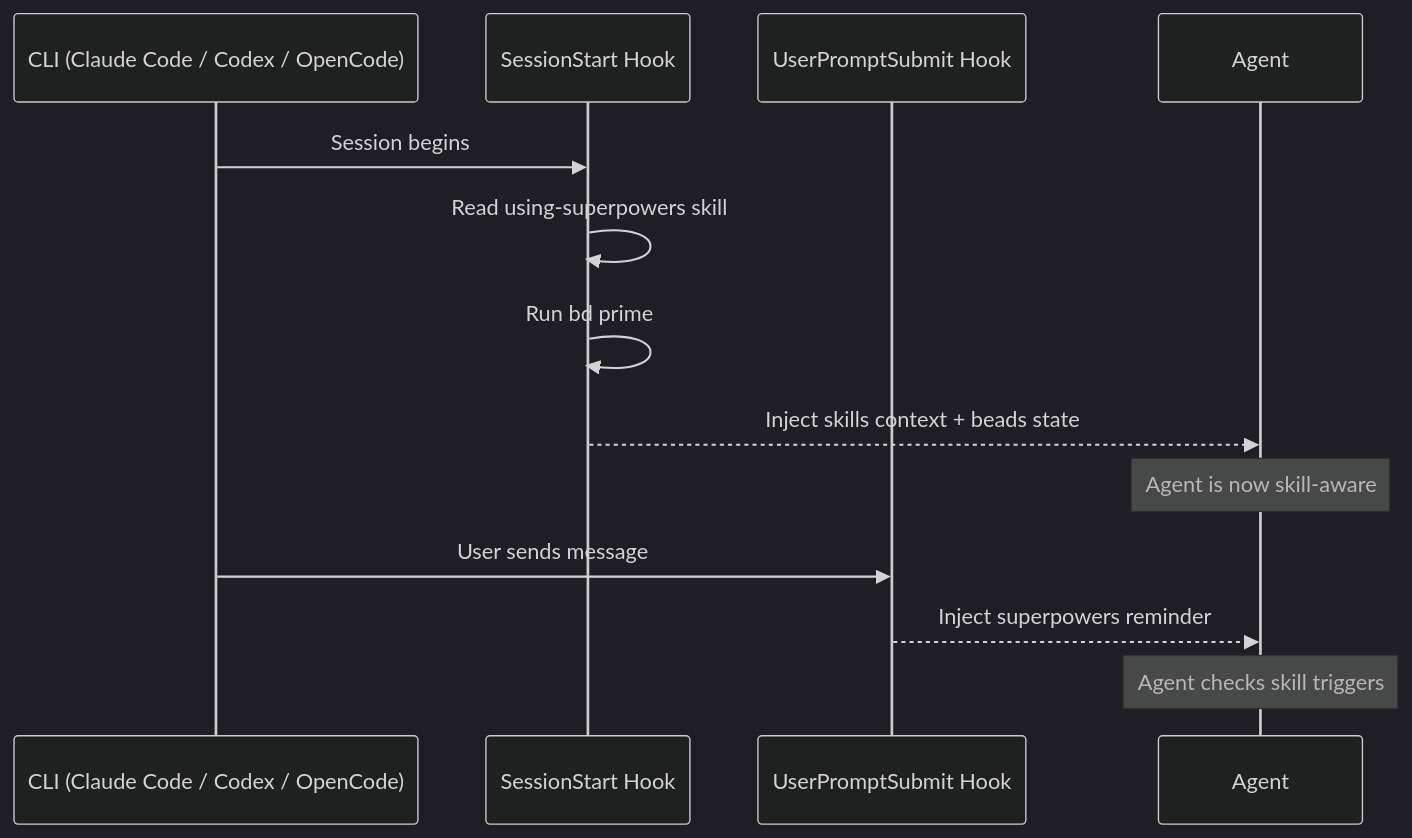
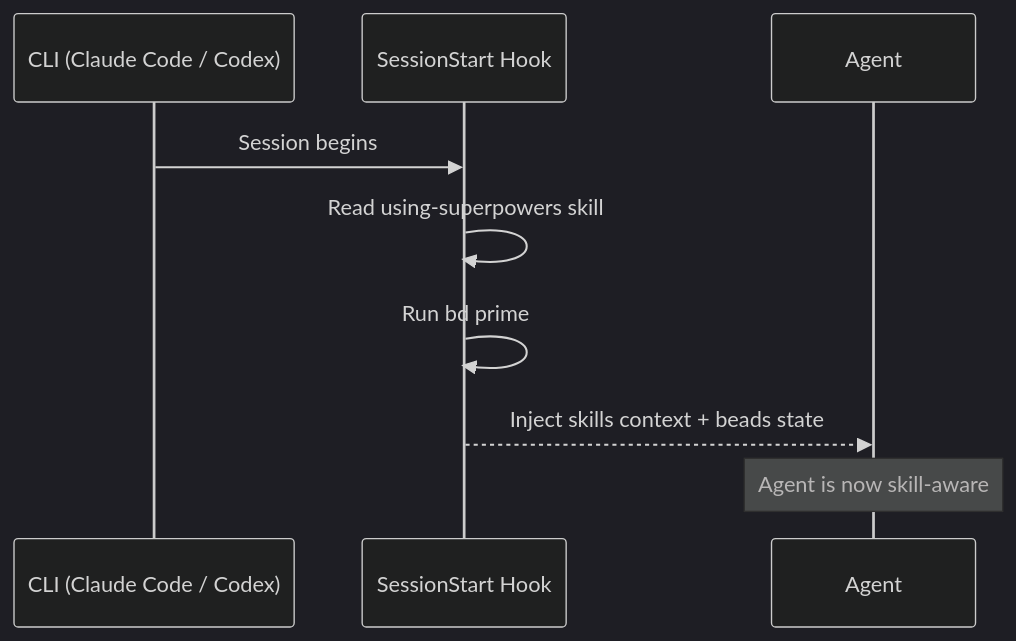
Before and after one commit to the-inconvenience-store/beads-superpowers: the diagram in docs/getting-started.md, drawn with Mermaid (dark theme). The commit also changed other lines of this file and 11 other files, not shown here.

Commit message:
docs: single-hook model, setup-skill removal, npx skills-only + migration note (ADR-0039, beads-superpowers-q9bw)

````diff
--- a/docs/getting-started.md
+++ b/docs/getting-started.md
@@ -193,17 +181,12 @@
 ```mermaid
 sequenceDiagram
-  participant CC as CLI (Claude Code / Codex / OpenCode)
+  participant CC as CLI (Claude Code / Codex)
   participant SH as SessionStart Hook
-  participant UP as UserPromptSubmit Hook
   participant Agent as Agent
 
   CC->>SH: Session begins
   SH->>SH: Read using-superpowers skill
   SH->>SH: Run bd prime
   SH-->>Agent: Inject skills context + beads state
   Note over Agent: Agent is now skill-aware
-
-  CC->>UP: User sends message
-  UP-->>Agent: Inject superpowers reminder
-  Note over Agent: Agent checks skill triggers
 ```
````
